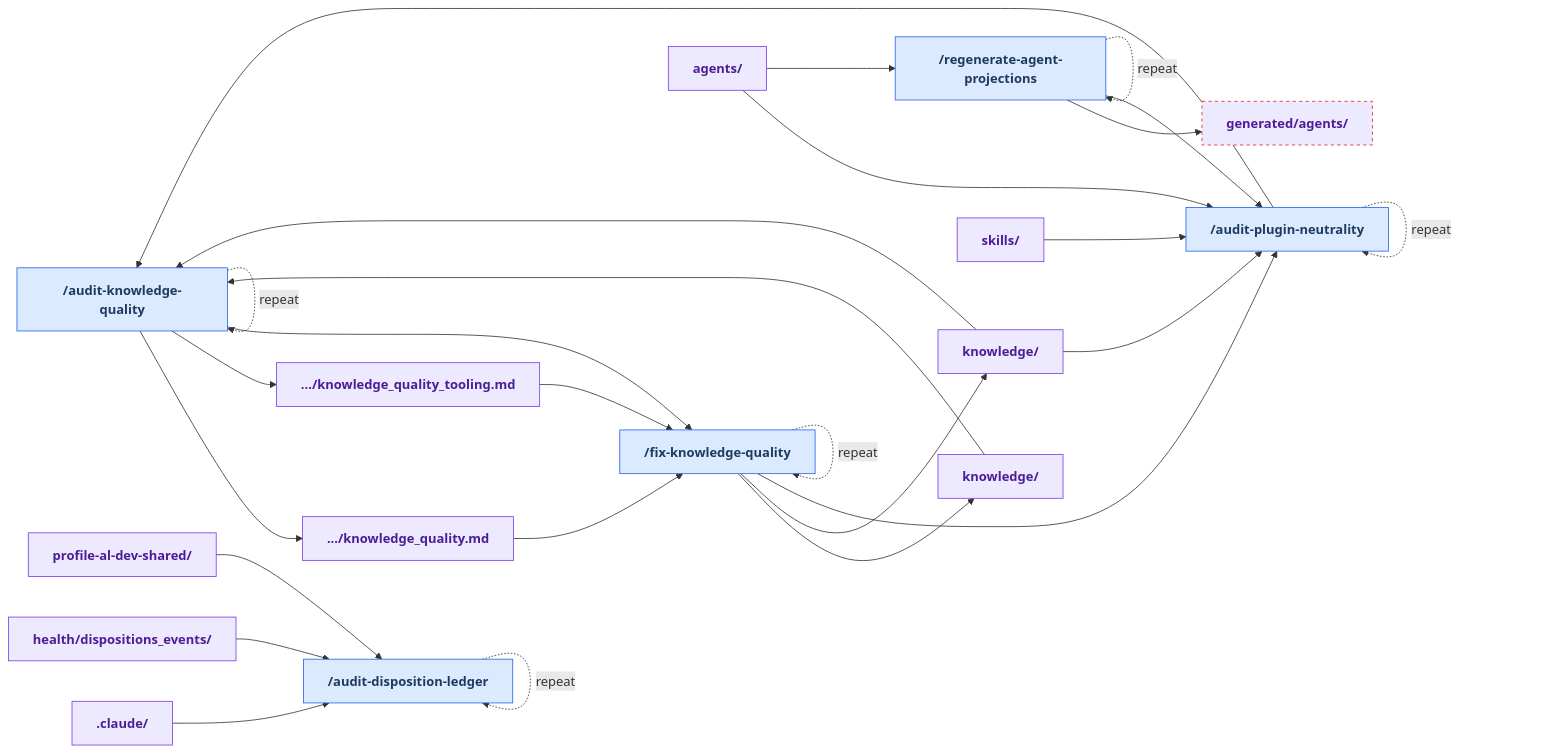
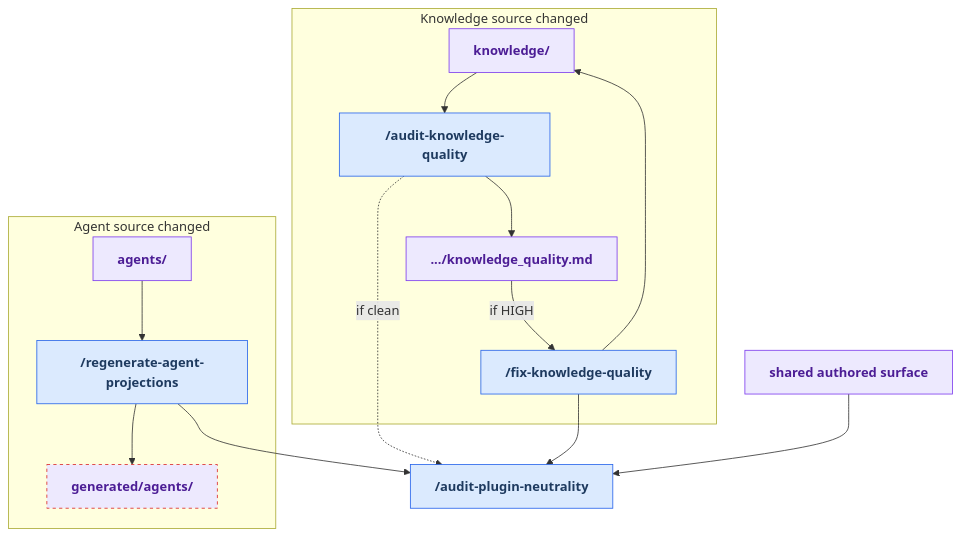
Before and after one commit to russell-laing/al-dev-shared: the diagram in docs/maintainer_tooling/derive.md, drawn with Mermaid. The commit also changed other lines of this file and 3 other files, not shown here.

First line of the commit message:
🐛 fix(maintainer): restore focused derive diagram + fix stale knowledge_quality paths

````diff
--- a/docs/maintainer_tooling/derive.md
+++ b/docs/maintainer_tooling/derive.md
@@ -62,66 +62,41 @@
 ```mermaid
-flowchart LR
+flowchart TD
     classDef userSkill fill:#dbeafe,stroke:#2563eb,color:#1e3a5f,font-weight:bold
-    classDef internalSkill fill:#f3f4f6,stroke:#6b7280,color:#374151,stroke-dasharray:5 5,font-weight:bold
     classDef artifact fill:#ede9fe,stroke:#7c3aed,color:#4c1d95,font-weight:bold
     classDef orphanArtifact fill:#ede9fe,stroke:#dc2626,color:#4c1d95,stroke-dasharray:4 4,font-weight:bold
-    classDef manualStep fill:#fef3c7,stroke:#d97706,color:#78350f,font-weight:bold
 
-    skill_audit_disposition_ledger["/audit-disposition-ledger"]
-    skill_audit_knowledge_quality["/audit-knowledge-quality"]
-    skill_audit_plugin_neutrality["/audit-plugin-neutrality"]
-    skill_fix_knowledge_quality["/fix-knowledge-quality"]
-    skill_regenerate_agent_projections["/regenerate-agent-projections"]
-    art__claude_[".claude/"]
-    art__claude_knowledge_["knowledge/"]
-    art_docs_health_dispositions_events_["health/dispositions_events/"]
-    art_docs_knowledge_quality_md[".../knowledge_quality.md"]
-    art_docs_knowledge_quality_tooling_md[".../knowledge_quality_tooling.md"]
-    art_profile_al_dev_shared_["profile-al-dev-shared/"]
-    art_profile_al_dev_shared_agents_["agents/"]
-    art_profile_al_dev_shared_generated_agents_["generated/agents/"]
-    art_profile_al_dev_shared_knowledge_["knowledge/"]
-    art_profile_al_dev_shared_skills_["skills/"]
+    subgraph agent_lane["Agent source changed"]
+        art_agent_source["agents/"]
+        skill_regenerate_agent_projections["/regenerate-agent-projections"]
+        art_generated_agents["generated/agents/"]
+    end
+    subgraph knowledge_lane["Knowledge source changed"]
+        art_knowledge_source["knowledge/"]
+        skill_audit_knowledge_quality["/audit-knowledge-quality"]
+        art_knowledge_quality_report[".../knowledge_quality.md"]
+        skill_fix_knowledge_quality["/fix-knowledge-quality"]
+    end
+    art_shared_surface["shared authored surface"]
+    skill_align_harness_repos["/audit-plugin-neutrality"]
 
-    art__claude_ --> skill_audit_disposition_ledger
-    art_docs_health_dispositions_events_ --> skill_audit_disposition_ledger
-    art_profile_al_dev_shared_ --> skill_audit_disposition_ledger
-    skill_audit_disposition_ledger -. "repeat" .-> skill_audit_disposition_ledger
-    art__claude_knowledge_ --> skill_audit_knowledge_quality
-    art_profile_al_dev_shared_knowledge_ --> skill_audit_knowledge_quality
-    skill_audit_knowledge_quality --> art_docs_knowledge_quality_md
-    skill_audit_knowledge_quality --> art_docs_knowledge_quality_tooling_md
-    skill_audit_knowledge_quality --> skill_fix_knowledge_quality
-    skill_audit_knowledge_quality -. "repeat" .-> skill_audit_knowledge_quality
-    art_profile_al_dev_shared_agents_ --> skill_audit_plugin_neutrality
-    art_profile_al_dev_shared_knowledge_ --> skill_audit_plugin_neutrality
-    art_profile_al_dev_shared_skills_ --> skill_audit_plugin_neutrality
-    skill_audit_plugin_neutrality --> skill_audit_knowledge_quality
-    skill_audit_plugin_neutrality -. "repeat" .-> skill_audit_plugin_neutrality
-    art_docs_knowledge_quality_md --> skill_fix_knowledge_quality
-    art_docs_knowledge_quality_tooling_md --> skill_fix_knowledge_quality
-    skill_fix_knowledge_quality --> art__claude_knowledge_
-    skill_fix_knowledge_quality --> art_profile_al_dev_shared_knowledge_
-    skill_fix_knowledge_quality --> skill_audit_plugin_neutrality
-    skill_fix_knowledge_quality -. "repeat" .-> skill_fix_knowledge_quality
-    art_profile_al_dev_shared_agents_ --> skill_regenerate_agent_projections
-    skill_regenerate_agent_projections --> art_profile_al_dev_shared_generated_agents_
-    skill_regenerate_agent_projections --> skill_audit_plugin_neutrality
-    skill_regenerate_agent_projections -. "repeat" .-> skill_regenerate_agent_projections
+    art_agent_source --> skill_regenerate_agent_projections
+    skill_regenerate_agent_projections --> art_generated_agents
+    skill_regenerate_agent_projections --> skill_align_harness_repos
+    art_knowledge_source --> skill_audit_knowledge_quality
+    skill_audit_knowledge_quality --> art_knowledge_quality_report
+    art_knowledge_quality_report -- "if HIGH" --> skill_fix_knowledge_quality
+    skill_audit_knowledge_quality -. "if clean" .-> skill_align_harness_repos
+    skill_fix_knowledge_quality --> art_knowledge_source
+    skill_fix_knowledge_quality --> skill_align_harness_repos
+    art_shared_surface --> skill_align_harness_repos
 
-    class skill_audit_disposition_ledger userSkill
+    class skill_regenerate_agent_projections userSkill
     class skill_audit_knowledge_quality userSkill
-    class skill_audit_plugin_neutrality userSkill
     class skill_fix_knowledge_quality userSkill
-    class skill_regenerate_agent_projections userSkill
-    class art__claude_ artifact
-    class art__claude_knowledge_ artifact
-    class art_docs_health_dispositions_events_ artifact
-    class art_docs_knowledge_quality_md artifact
-    class art_docs_knowledge_quality_tooling_md artifact
-    class art_profile_al_dev_shared_ artifact
-    class art_profile_al_dev_shared_agents_ artifact
-    class art_profile_al_dev_shared_generated_agents_ orphanArtifact
-    class art_profile_al_dev_shared_knowledge_ artifact
-    class art_profile_al_dev_shared_skills_ artifact
+    class skill_align_harness_repos userSkill
+    class art_agent_source artifact
+    class art_generated_agents orphanArtifact
+    class art_knowledge_source artifact
+    class art_knowledge_quality_report artifact
+    class art_shared_surface artifact
 ```
````
